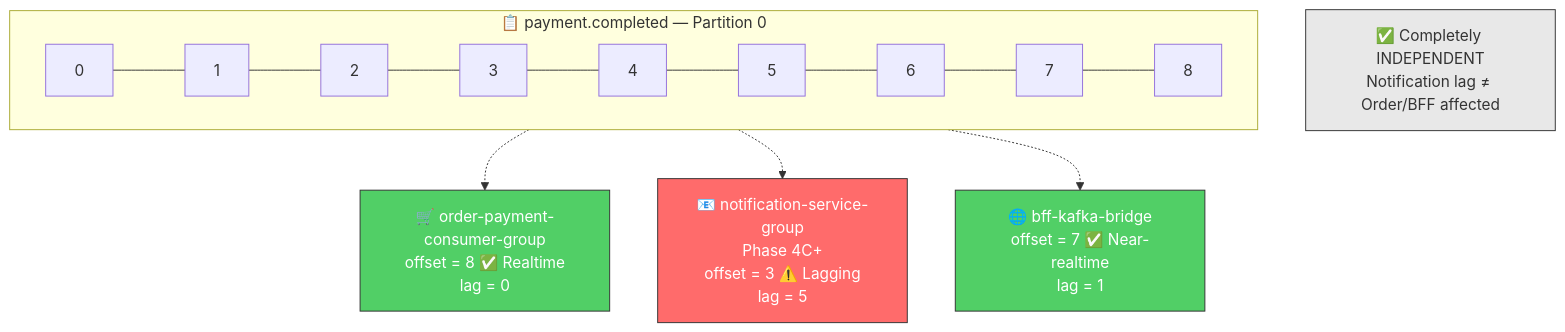
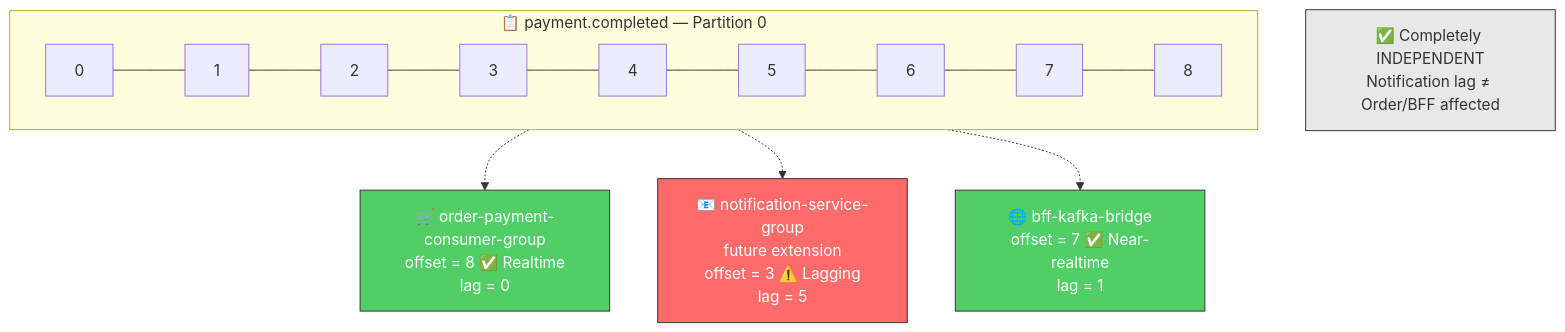
One commit to quan-vo-dinh/saas-pos-microservices-qrtable changed diagram 35 of 38 in docs/guides/kafka-qrtable.md. Above: the diagram before and after it, drawn with Mermaid. The commit also changed other lines of this file and 31 other files, not shown here.

First line of the commit message:
docs: narrow phase 4c to staff management and drop notification scope

````diff
--- a/docs/guides/kafka-qrtable.md
+++ b/docs/guides/kafka-qrtable.md
@@ -1666,22 +1658,22 @@
 ```mermaid
 graph TB
     subgraph LOG["📋 payment.completed — Partition 0"]
         direction LR
         M0["0"] --- M1["1"] --- M2["2"] --- M3["3"] --- M4["4"] --- M5["5"] --- M6["6"] --- M7["7"] --- M8["8"]
     end
 
     G1["🛒 order-payment-consumer-group<br/>offset = 8 ✅ Realtime<br/>lag = 0"]
-    G2["📧 notification-service-group<br/>Phase 4C+<br/>offset = 3 ⚠️ Lagging<br/>lag = 5"]
+    G2["📧 notification-service-group<br/>future extension<br/>offset = 3 ⚠️ Lagging<br/>lag = 5"]
     G3["🌐 bff-kafka-bridge<br/>offset = 7 ✅ Near-realtime<br/>lag = 1"]
 
     M8 -.-> G1
     M3 -.-> G2
     M7 -.-> G3
 
 INDEPENDENT["✅ Completely INDEPENDENT<br/>Notification lag ≠ Order/BFF affected"]
 
     style G1 fill:#51cf66,stroke:#333,color:#fff
     style G2 fill:#ff6b6b,stroke:#333,color:#fff
     style G3 fill:#51cf66,stroke:#333,color:#fff
     style INDEPENDENT fill:#e8e8e8,stroke:#333
 ```
````
